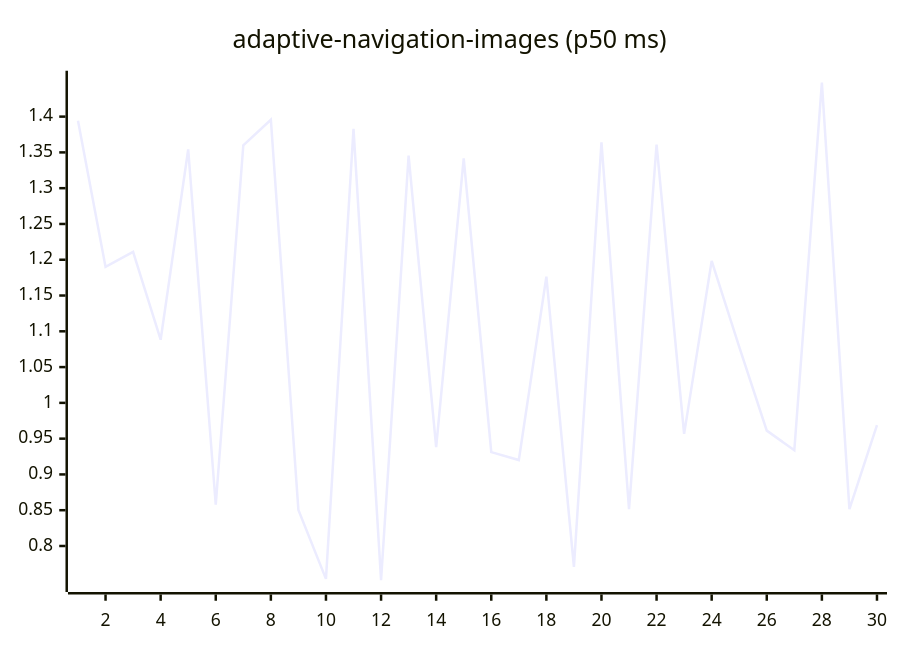
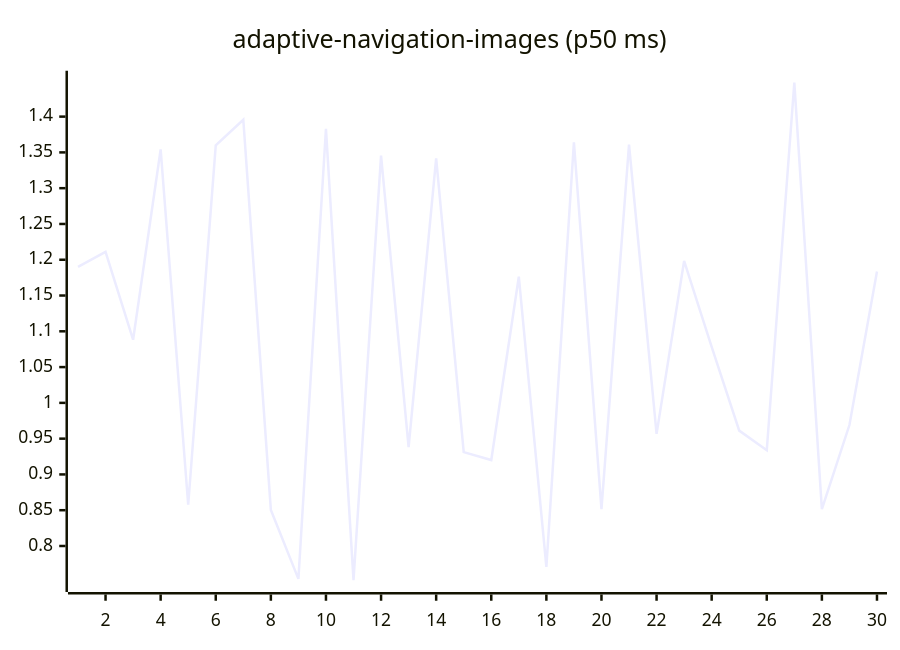
One commit to josha/Facet changed the first of 27 diagrams in README.md. Above: the diagram before and after it, drawn with Mermaid. The commit also changed other lines of this file and 2 other files, not shown here.

````diff
--- a/README.md
+++ b/README.md
@@ -63,6 +63,6 @@
 ```mermaid
 xychart-beta
     title "adaptive-navigation-images (p50 ms)"
     x-axis 1 --> 30
-    line [1.3942, 1.1900, 1.2110, 1.0882, 1.3541, 0.8576, 1.3599, 1.3956, 0.8504, 0.7540, 1.3829, 0.7523, 1.3455, 0.9380, 1.3415, 0.9312, 0.9201, 1.1763, 0.7707, 1.3642, 0.8516, 1.3610, 0.9567, 1.1983, 1.0783, 0.9612, 0.9339, 1.4475, 0.8514, 0.9690]
+    line [1.1900, 1.2110, 1.0882, 1.3541, 0.8576, 1.3599, 1.3956, 0.8504, 0.7540, 1.3829, 0.7523, 1.3455, 0.9380, 1.3415, 0.9312, 0.9201, 1.1763, 0.7707, 1.3642, 0.8516, 1.3610, 0.9567, 1.1983, 1.0783, 0.9612, 0.9339, 1.4475, 0.8514, 0.9690, 1.1835]
 ```
````
